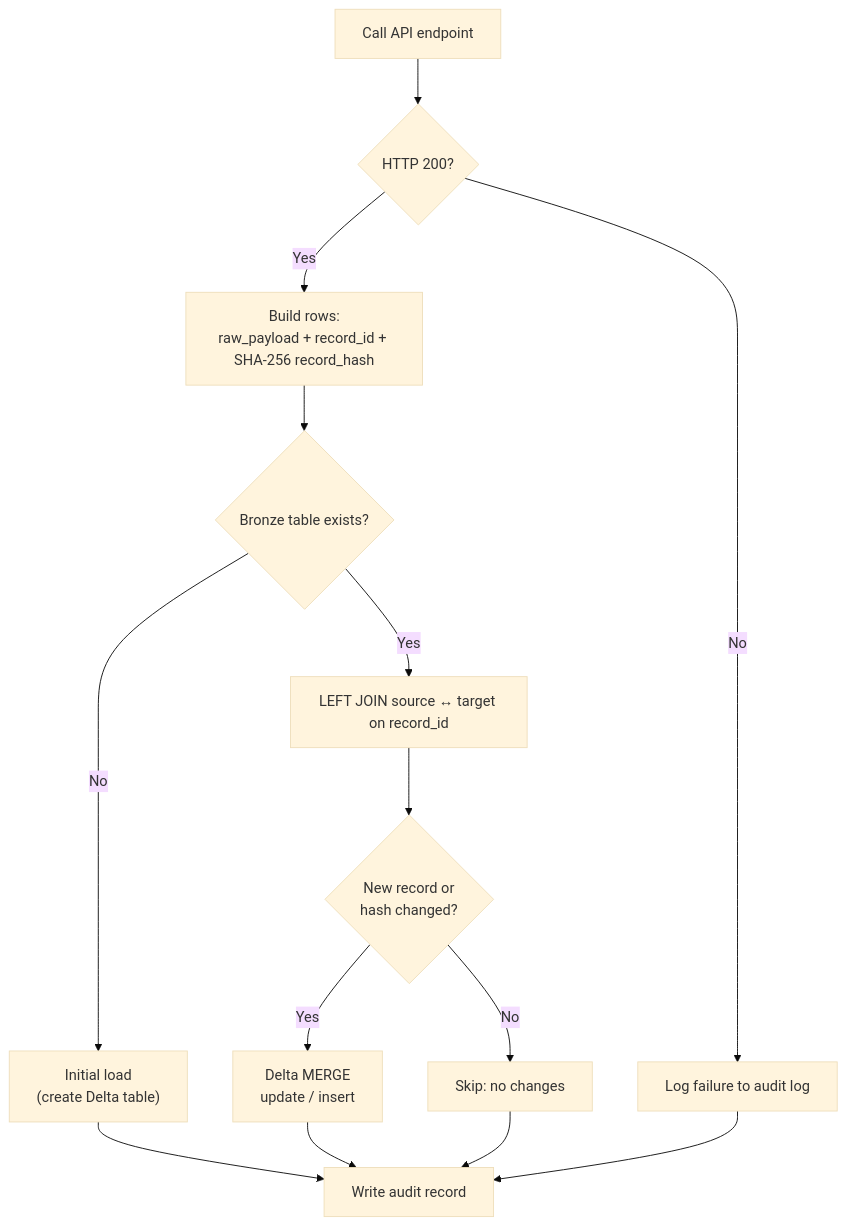
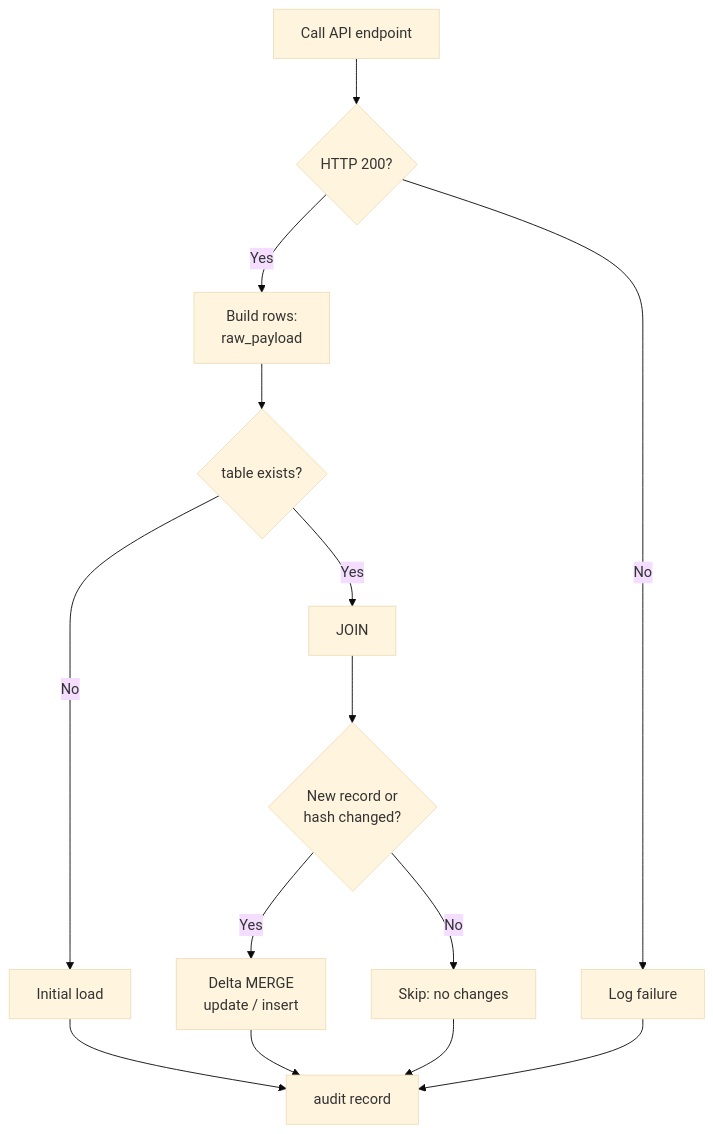
One commit to Sreerajpkj/Medallion-Architecture changed the second of 2 diagrams in README.md. Above: the diagram before and after it, drawn with Mermaid (base theme).

Commit message:
updated flow diagram

````diff
--- a/README.md
+++ b/README.md
@@ -73,16 +73,16 @@
 ```mermaid
 flowchart TD
     A["Call API endpoint"] --> B{"HTTP 200?"}
-    B -- No --> F["Log failure to audit log"]
-    B -- Yes --> C["Build rows:<br/>raw_payload + record_id + SHA-256 record_hash"]
-    C --> D{"Bronze table exists?"}
-    D -- No --> E["Initial load<br/>(create Delta table)"]
-    D -- Yes --> G["LEFT JOIN source ↔ target on record_id"]
+    B -- No --> F["Log failure"]
+    B -- Yes --> C["Build rows:<br/>raw_payload"]
+    C --> D{" table exists?"}
+    D -- No --> E["Initial load"]
+    D -- Yes --> G["JOIN"]
     G --> H{"New record or<br/>hash changed?"}
     H -- Yes --> I["Delta MERGE<br/>update / insert"]
     H -- No --> J["Skip: no changes"]
-    E --> K["Write audit record"]
+    E --> K["audit record"]
     I --> K
     J --> K
     F --> K
 ```
````
